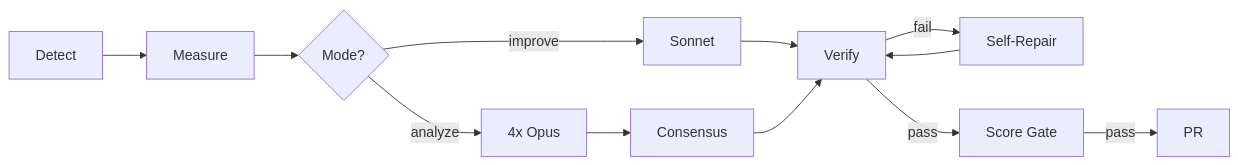
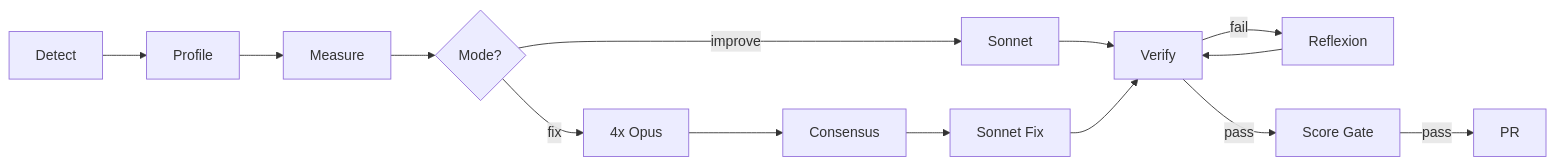
The diagram in README.md (bokiko/KyZN), drawn with Mermaid before and after one commit. The commit also changed other lines of this file and 3 other files, not shown here.

````diff
--- a/README.md
+++ b/README.md
@@ -240,14 +260,16 @@
 ```mermaid
 graph LR
-    A[Detect] --> B[Measure]
+    A[Detect] --> P[Profile]
+    P --> B[Measure]
     B --> C{Mode?}
+    C -->|fix| E[4x Opus]
     C -->|improve| D[Sonnet]
-    C -->|analyze| E[4x Opus]
+    E --> G[Consensus]
+    G --> H[Sonnet Fix]
     D --> F[Verify]
-    E --> G[Consensus]
-    G --> F
-    F -->|fail| H[Self-Repair]
     H --> F
+    F -->|fail| R[Reflexion]
+    R --> F
     F -->|pass| I[Score Gate]
     I -->|pass| J[PR]
 ```
````
